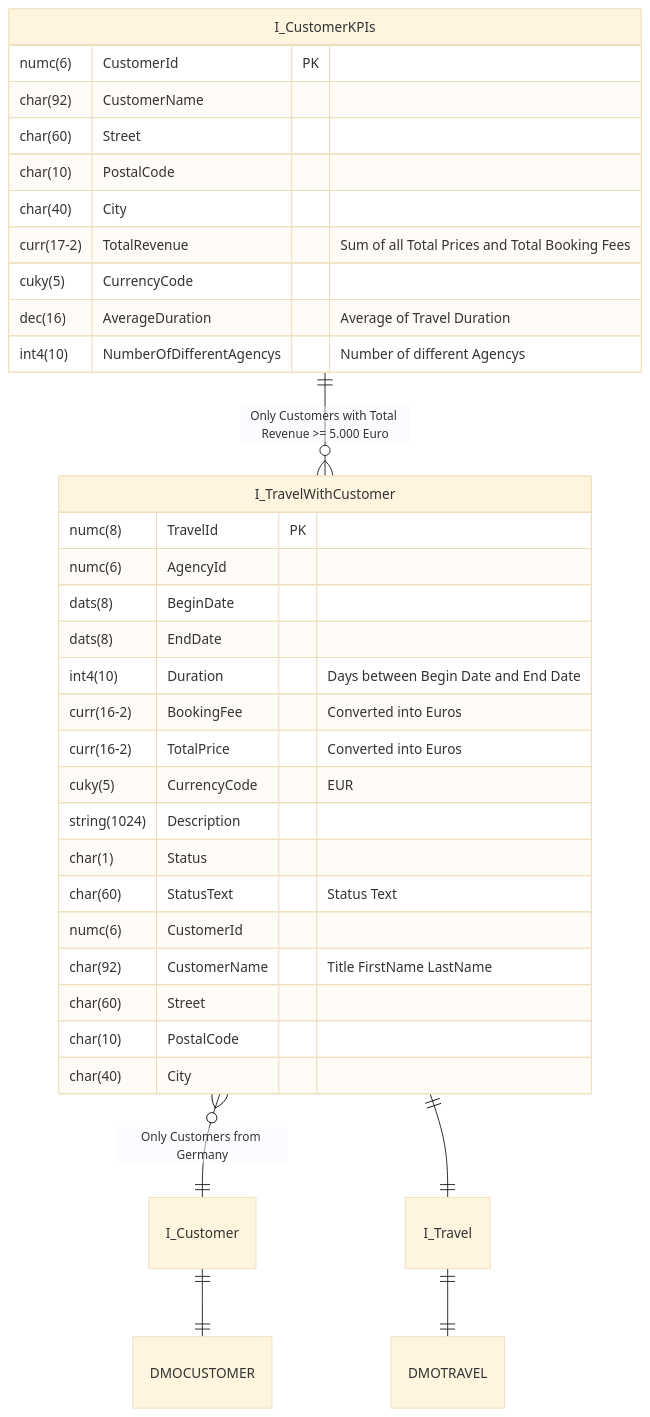
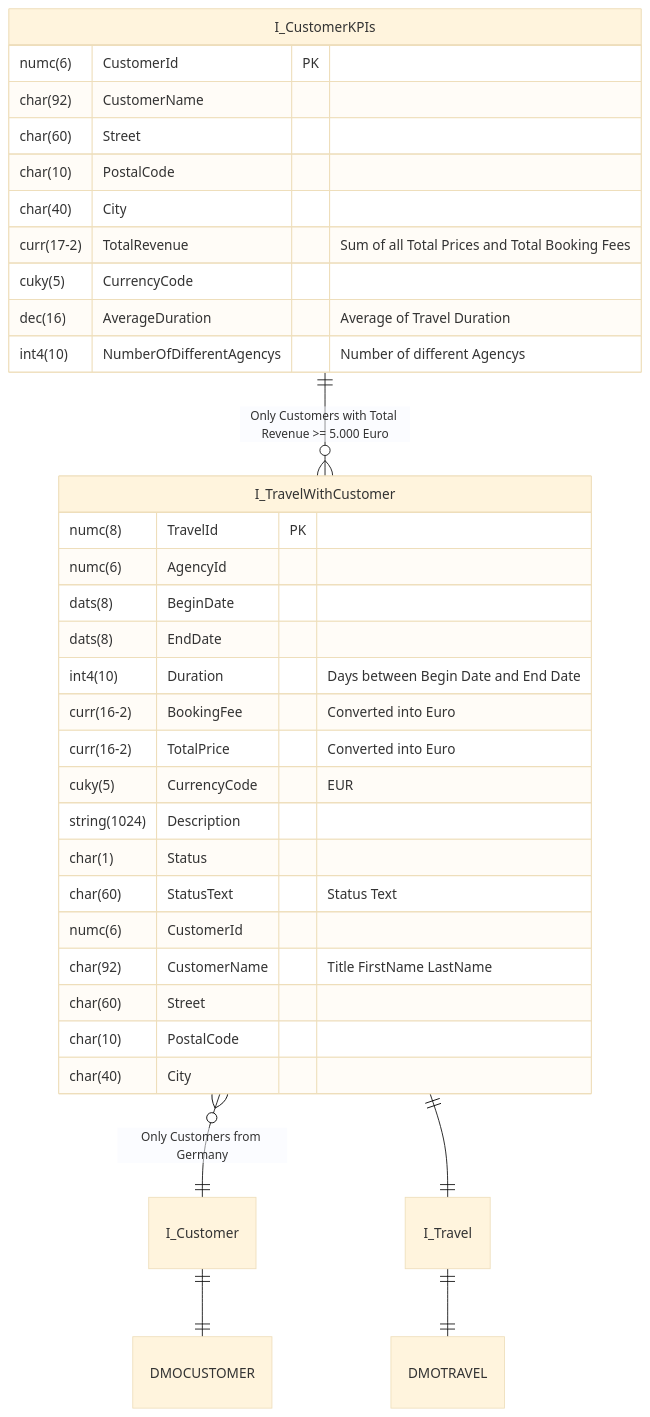
The diagram in docs/exercises/abap-cds/abap-cds-05.md (appenmaier/s4hana), drawn with Mermaid (base theme) before and after one commit. The commit also changed 11 other files, not shown here.

````diff
--- a/docs/exercises/abap-cds/abap-cds-05.md
+++ b/docs/exercises/abap-cds/abap-cds-05.md
@@ -10,40 +10,40 @@
 ```mermaid
 erDiagram
 
     I_Customer ||--|| DMOCUSTOMER : ""
     I_Travel ||--|| DMOTRAVEL : ""
     I_TravelWithCustomer }o--|| I_Customer : "Only Customers from Germany"
     I_TravelWithCustomer ||--|| I_Travel : ""
     I_CustomerKPIs ||--o{ I_TravelWithCustomer : "Only Customers with Total Revenue >= 5.000 Euro"
 
     I_CustomerKPIs {
         numc(6) CustomerId PK
         char(92) CustomerName
         char(60) Street
         char(10) PostalCode
         char(40) City
         curr(17-2) TotalRevenue "Sum of all Total Prices and Total Booking Fees"
         cuky(5) CurrencyCode
         dec(16) AverageDuration "Average of Travel Duration"
         int4(10) NumberOfDifferentAgencys "Number of different Agencys"
     }
 
     I_TravelWithCustomer {
         numc(8) TravelId PK
         numc(6) AgencyId
         dats(8) BeginDate
         dats(8) EndDate
         int4(10) Duration "Days between Begin Date and End Date"
-        curr(16-2) BookingFee "Converted into Euros"
-        curr(16-2) TotalPrice "Converted into Euros"
+        curr(16-2) BookingFee "Converted into Euro"
+        curr(16-2) TotalPrice "Converted into Euro"
         cuky(5) CurrencyCode "EUR"
         string(1024) Description
         char(1) Status
         char(60) StatusText "Status Text"
         numc(6) CustomerId
         char(92) CustomerName "Title FirstName LastName"
         char(60) Street
         char(10) PostalCode
         char(40) City
     }
 ```
````
